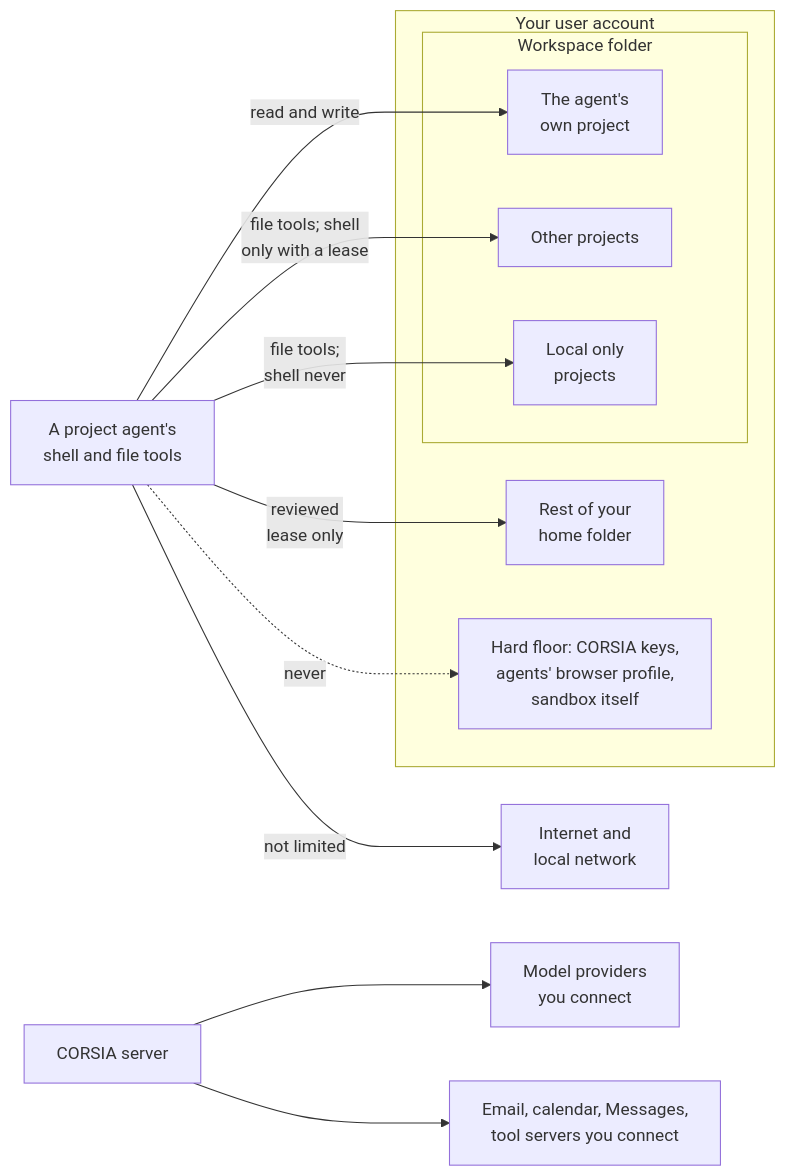
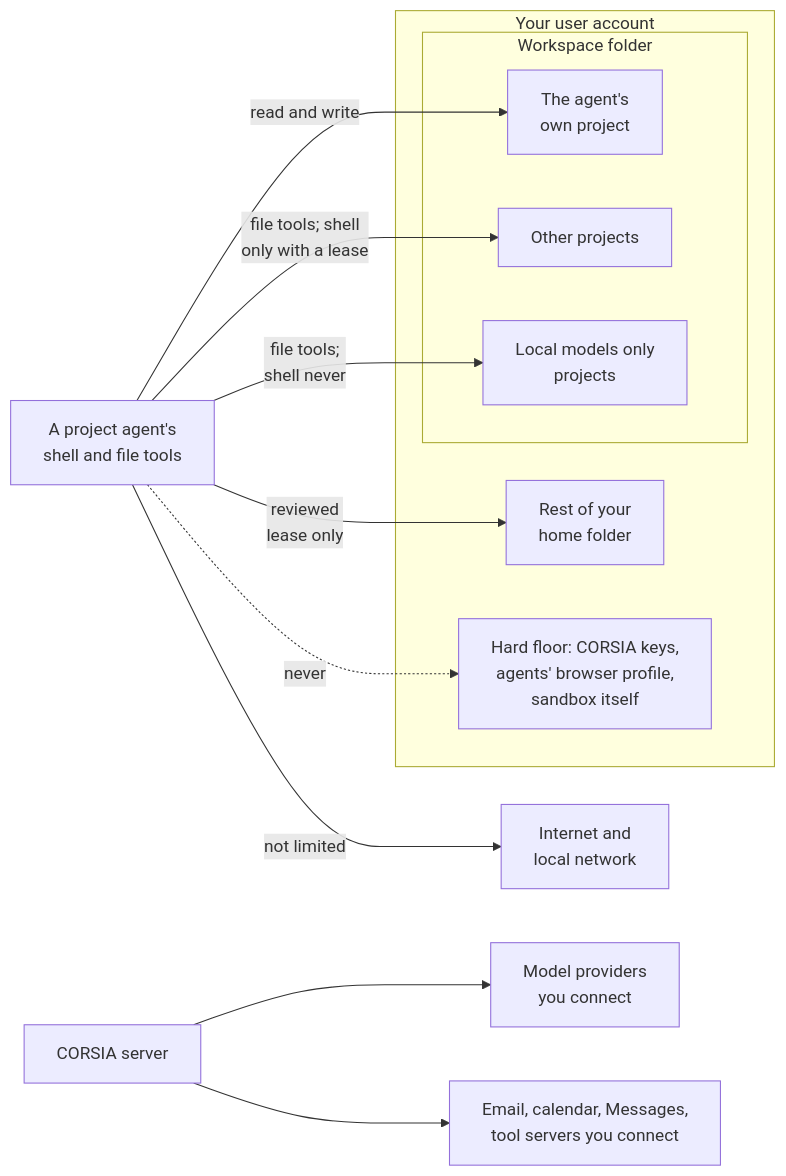
One commit to cebertowicz/corsia changed the diagram in docs/security/README.md. Above: the diagram before and after it, drawn with Mermaid. The commit also changed other lines of this file and 6 other files, not shown here.

````diff
--- a/docs/security/README.md
+++ b/docs/security/README.md
@@ -9,20 +9,20 @@
 ```mermaid
 flowchart LR
     subgraph You[Your user account]
         subgraph WS[Workspace folder]
             P1[The agent's<br/>own project]
             P2[Other projects]
-            P3[Local only<br/>projects]
+            P3[Local models only<br/>projects]
         end
         H[Rest of your<br/>home folder]
         F[Hard floor: CORSIA keys,<br/>agents' browser profile,<br/>sandbox itself]
     end
     A[A project agent's<br/>shell and file tools] -->|read and write| P1
     A -->|file tools; shell<br/>only with a lease| P2
     A -->|file tools;<br/>shell never| P3
     A -->|reviewed<br/>lease only| H
     A -.->|never| F
     A -->|not limited| N[Internet and<br/>local network]
     S[CORSIA server] --> M[Model providers<br/>you connect]
     S --> C[Email, calendar, Messages,<br/>tool servers you connect]
 ```
````
